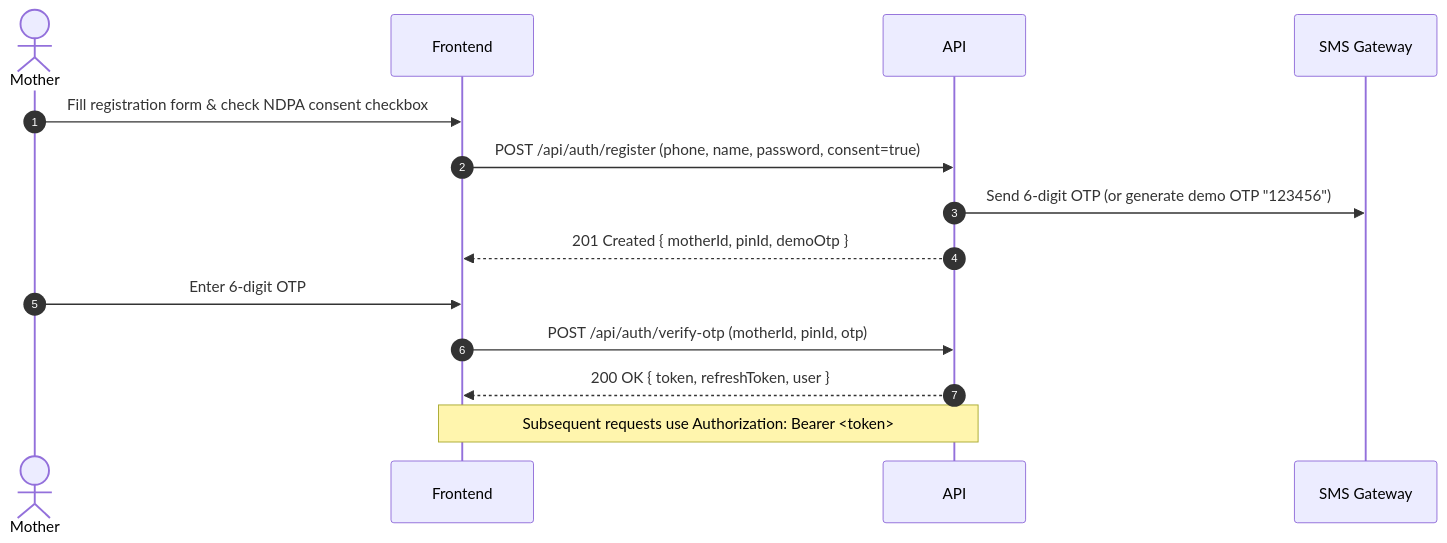
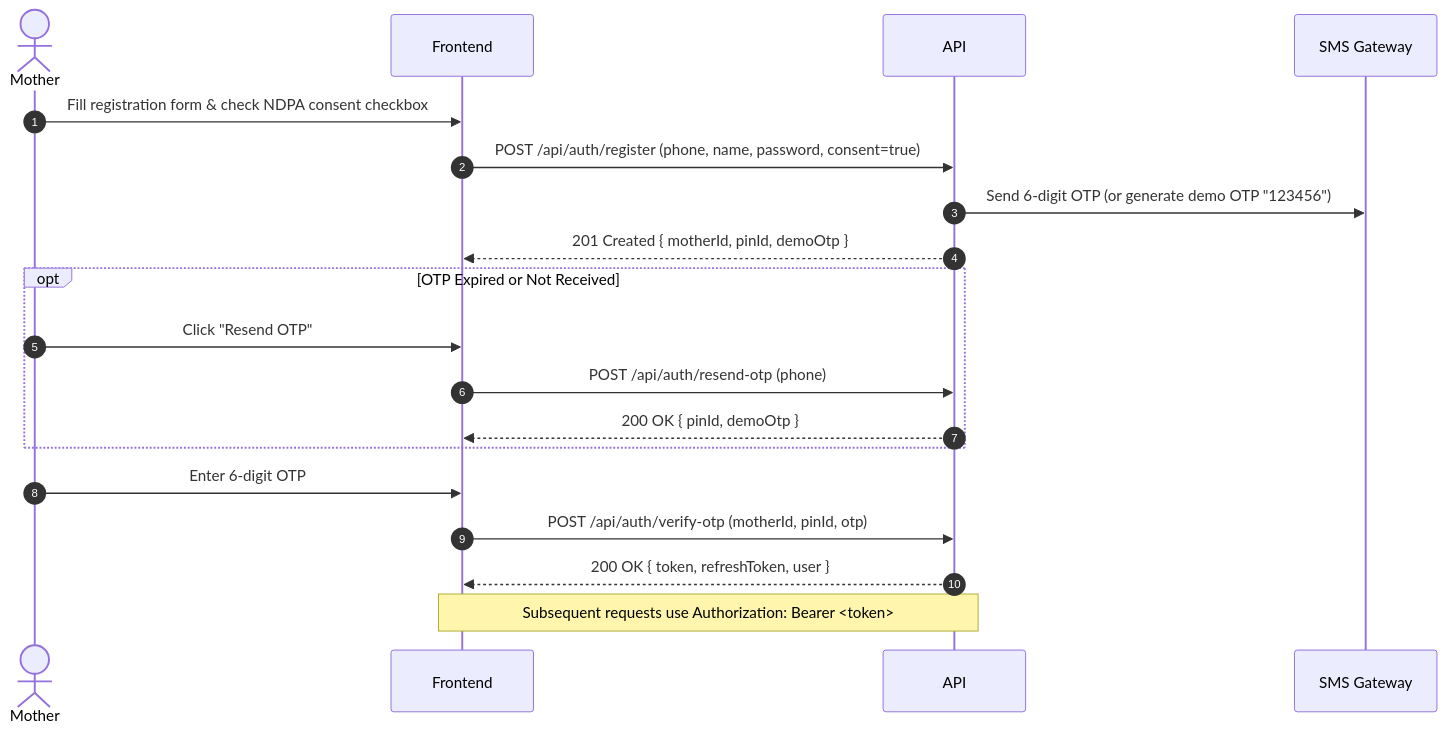
One commit to 0v0-NG/maternity-clinic-system changed the diagram in API_CONTRACT.md. Above: the diagram before and after it, drawn with Mermaid. The commit also changed other lines of this file and 10 other files, not shown here.

````diff
--- a/API_CONTRACT.md
+++ b/API_CONTRACT.md
@@ -51,17 +52,22 @@
 ```mermaid
 sequenceDiagram
     autonumber
     actor Mother
     participant Frontend
     participant API
     participant Termii as SMS Gateway
 
     Mother->>Frontend: Fill registration form & check NDPA consent checkbox
     Frontend->>API: POST /api/auth/register (phone, name, password, consent=true)
     API->>Termii: Send 6-digit OTP (or generate demo OTP "123456")
     API-->>Frontend: 201 Created { motherId, pinId, demoOtp }
+    opt OTP Expired or Not Received
+        Mother->>Frontend: Click "Resend OTP"
+        Frontend->>API: POST /api/auth/resend-otp (phone)
+        API-->>Frontend: 200 OK { pinId, demoOtp }
+    end
     Mother->>Frontend: Enter 6-digit OTP
     Frontend->>API: POST /api/auth/verify-otp (motherId, pinId, otp)
     API-->>Frontend: 200 OK { token, refreshToken, user }
     Note over Frontend,API: Subsequent requests use Authorization: Bearer <token>
 ```
````
